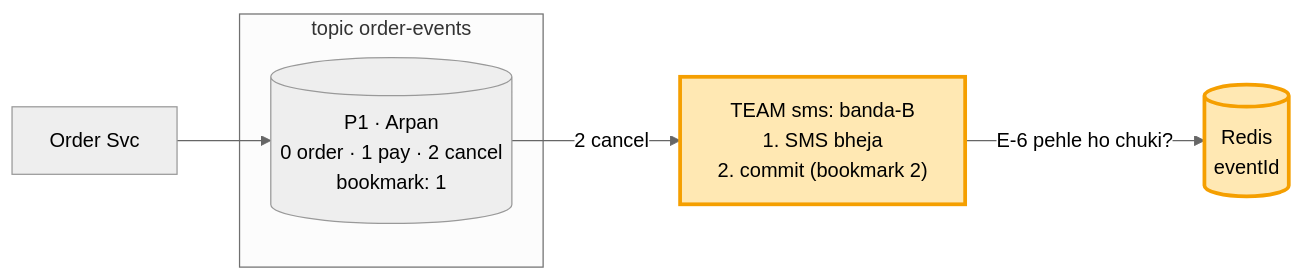
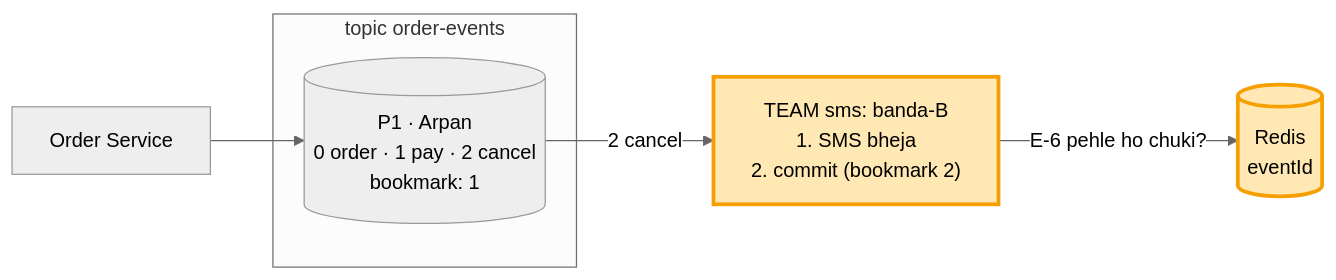
Before and after one commit to ArpanMaheshwari144/Prep: the fourth of 8 diagrams in 04_HLD/SYSTEM_DESIGNS/12_message_queue_kafka/kafka_concepts.md, drawn with Mermaid (neutral theme). The commit also changed other lines of this file and 8 other files, not shown here.

````diff
--- a/04_HLD/SYSTEM_DESIGNS/12_message_queue_kafka/kafka_concepts.md
+++ b/04_HLD/SYSTEM_DESIGNS/12_message_queue_kafka/kafka_concepts.md
@@ -108,11 +108,11 @@
 ```mermaid
 flowchart LR
-    O["Order Svc"] --> P1
+    O["Order Service"] --> P1
     subgraph T["topic order-events"]
         P1[("P1 · Arpan<br/>0 order · 1 pay · 2 cancel<br/>bookmark: 1")]
     end
     P1 -- "2 cancel" --> B["TEAM sms: banda-B<br/>1. SMS bheja<br/>2. commit (bookmark 2)"]
     B -- "E-6 pehle ho chuki?" --> R[("Redis<br/>eventId")]
     style B fill:#ffe8b3,stroke:#f59f00,stroke-width:3px,color:#000
     style R fill:#ffe8b3,stroke:#f59f00,stroke-width:3px,color:#000
 ```
````
